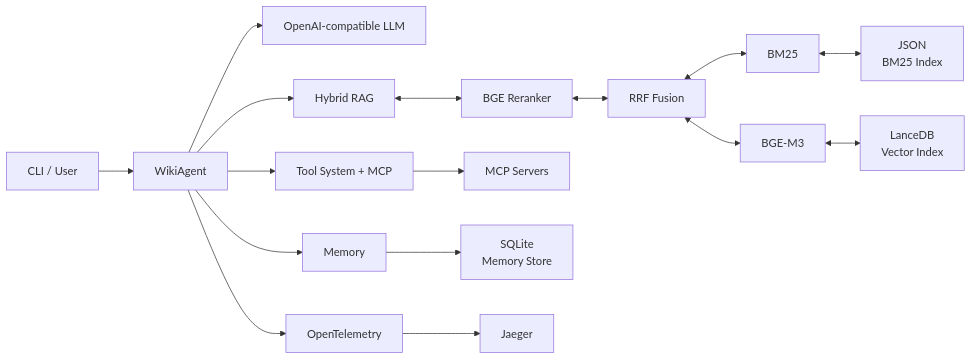
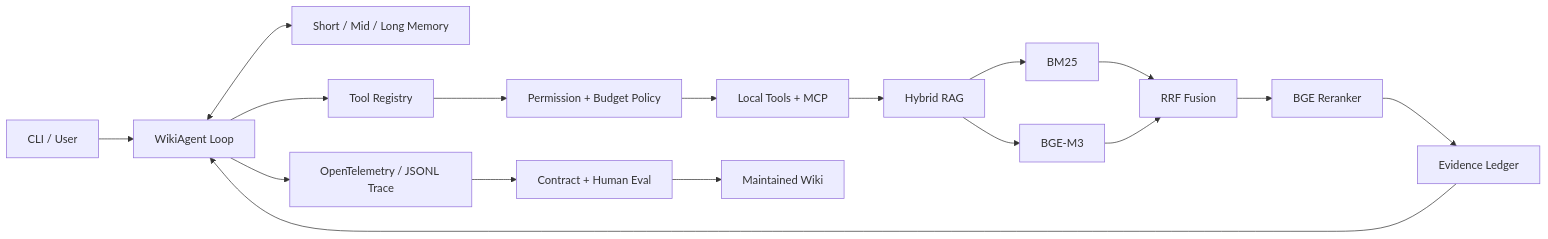
The diagram in README.md (liushupeng/wiki-agent), drawn with Mermaid before and after one commit. The commit also changed other lines of this file and 1 other file, not shown here.

````diff
--- a/README.md
+++ b/README.md
@@ -52,20 +40,19 @@
 ```mermaid
 flowchart LR
-    client["CLI / User"] --> app["WikiAgent"]
-    app --> llm["OpenAI-compatible LLM"]
-    app --> tools["Tool System + MCP"]
-    app --> rag["Hybrid RAG"]
-    app --> memory["Memory"]
-    app --> telemetry["OpenTelemetry"]
-    
-    rag <--> reranker["BGE Reranker"]
-    reranker <--> fusion["RRF Fusion"]
-    fusion <--> bm25["BM25"]
-    fusion <--> bge["BGE-M3"]
-    bm25 <--> bm25db["JSON<br/>BM25 Index"]
-    bge <--> lancedb["LanceDB<br/>Vector Index"]
-
-    tools --> mcp["MCP Servers"]
-    memory --> memorydb["SQLite<br/>Memory Store"]
-    telemetry --> jaeger["Jaeger"]
+    user["CLI / User"] --> agent["WikiAgent Loop"]
+    agent <--> memory["Short / Mid / Long Memory"]
+    agent --> registry["Tool Registry"]
+    registry --> policy["Permission + Budget Policy"]
+    policy --> tools["Local Tools + MCP"]
+    tools --> rag["Hybrid RAG"]
+    rag --> bm25["BM25"]
+    rag --> dense["BGE-M3"]
+    bm25 --> rrf["RRF Fusion"]
+    dense --> rrf
+    rrf --> reranker["BGE Reranker"]
+    reranker --> evidence["Evidence Ledger"]
+    evidence --> agent
+    agent --> trace["OpenTelemetry / JSONL Trace"]
+    trace --> eval["Contract + Human Eval"]
+    eval --> wiki["Maintained Wiki"]
 ```
````
